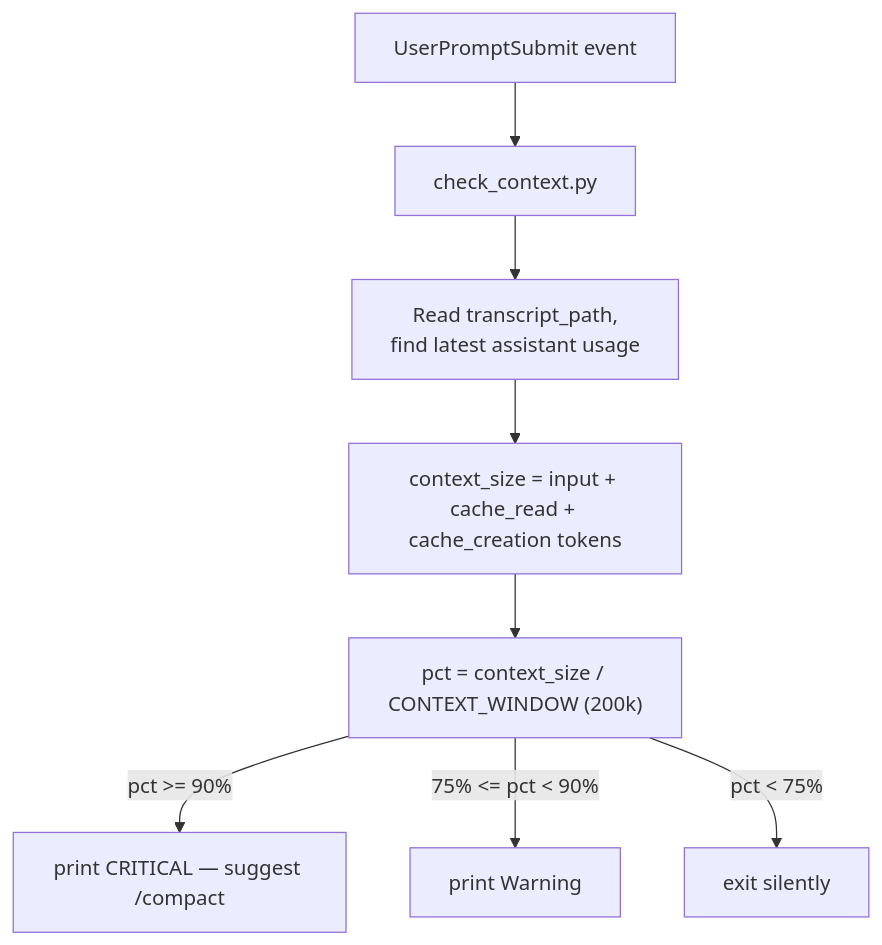
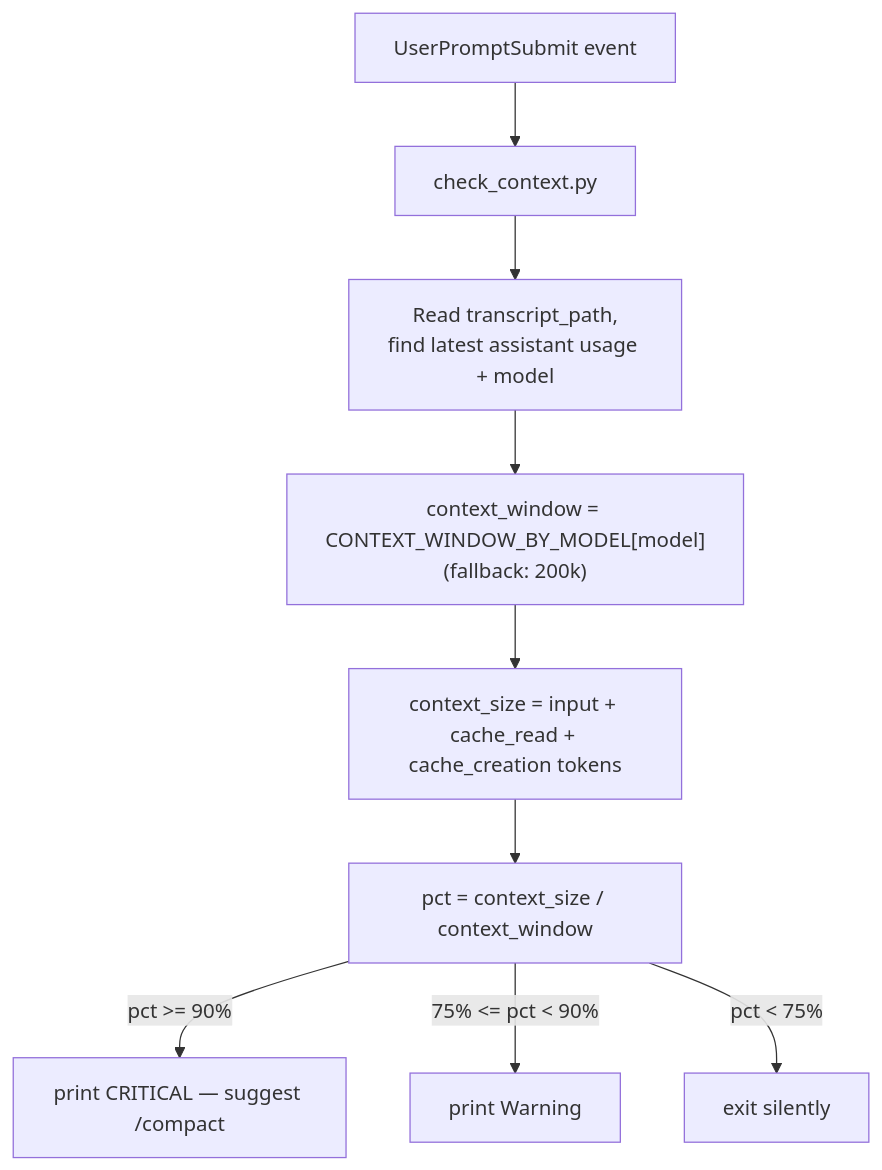
The diagram in context-window-check/README.md (cieyhomelab/hooks), drawn with Mermaid before and after one commit. The commit also changed other lines of this file and 3 other files, not shown here.

Commit message:
Auto-detect context window size per model instead of hardcoding 200k

````diff
--- a/context-window-check/README.md
+++ b/context-window-check/README.md
@@ -31,10 +35,11 @@
 ```mermaid
 flowchart TD
     UPS[UserPromptSubmit event] --> CC[check_context.py]
-    CC --> T1[Read transcript_path,\nfind latest assistant usage]
-    T1 --> CS1["context_size = input + cache_read + cache_creation tokens"]
-    CS1 --> PCT["pct = context_size / CONTEXT_WINDOW (200k)"]
+    CC --> T1[Read transcript_path,\nfind latest assistant usage + model]
+    T1 --> CW["context_window = CONTEXT_WINDOW_BY_MODEL[model]\n(fallback: 200k)"]
+    CW --> CS1["context_size = input + cache_read + cache_creation tokens"]
+    CS1 --> PCT["pct = context_size / context_window"]
     PCT -->|pct >= 90%| CRIT["print CRITICAL — suggest /compact"]
     PCT -->|75% <= pct < 90%| WARN1["print Warning"]
     PCT -->|pct < 75%| SILENT[exit silently]
 ```
````
